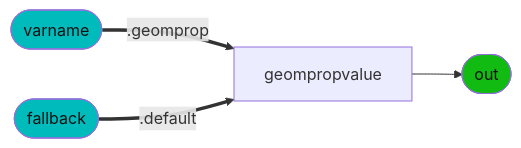
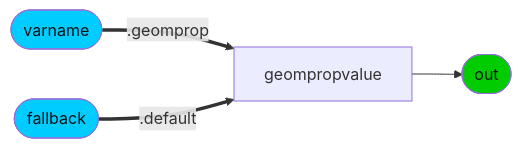
Before and after one commit to kwokcb/MaterialX_Learn: diagram 18 of 35 in documents/definitions/bxdf_doc.md, drawn with Mermaid. The commit also changed other lines of this file and 435 other files, not shown here.

````diff
--- a/documents/definitions/bxdf_doc.md
+++ b/documents/definitions/bxdf_doc.md
@@ -1635,10 +1631,10 @@
 ```mermaid
 graph LR; 
     IMP_UsdPrimvarReader_vector2_primvar[geompropvalue] --> IMP_UsdPrimvarReader_vector2_out([out])
-    style IMP_UsdPrimvarReader_vector2_out fill:#1b1, color:#111
+    style IMP_UsdPrimvarReader_vector2_out fill:#0C0, color:#111
     IMP_UsdPrimvarReader_vector2_varnameINT([varname]) ==.geomprop==> IMP_UsdPrimvarReader_vector2_primvar[geompropvalue]
-    style IMP_UsdPrimvarReader_vector2_varnameINT fill:#0bb, color:#111
+    style IMP_UsdPrimvarReader_vector2_varnameINT fill:#0CF, color:#111
     IMP_UsdPrimvarReader_vector2_fallbackINT([fallback]) ==.default==> IMP_UsdPrimvarReader_vector2_primvar[geompropvalue]
-    style IMP_UsdPrimvarReader_vector2_fallbackINT fill:#0bb, color:#111
+    style IMP_UsdPrimvarReader_vector2_fallbackINT fill:#0CF, color:#111
 
 ```
````
